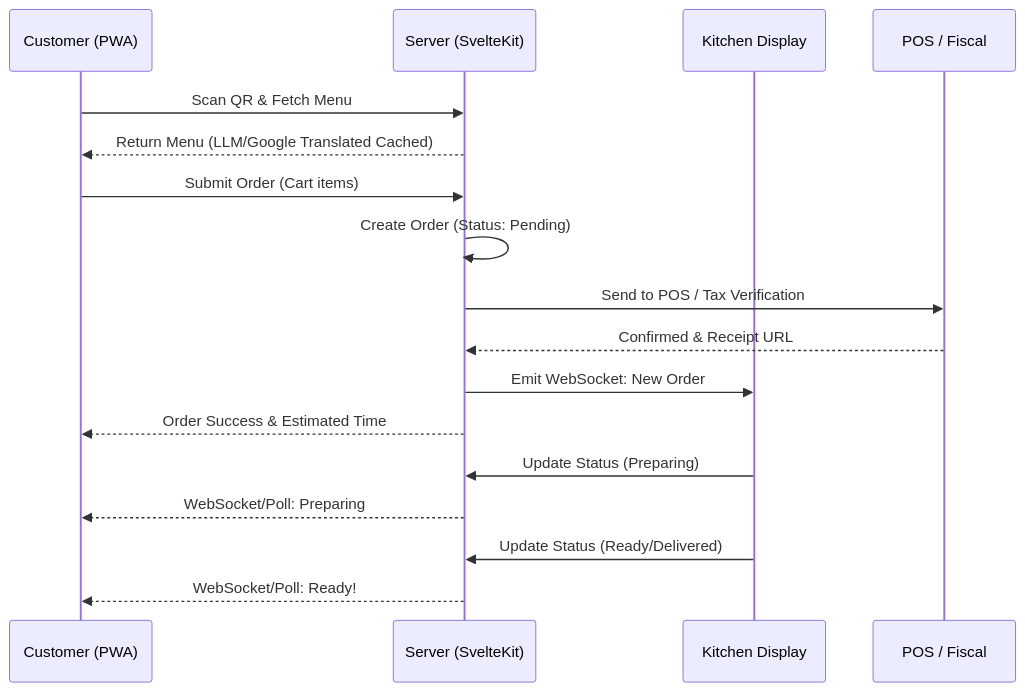
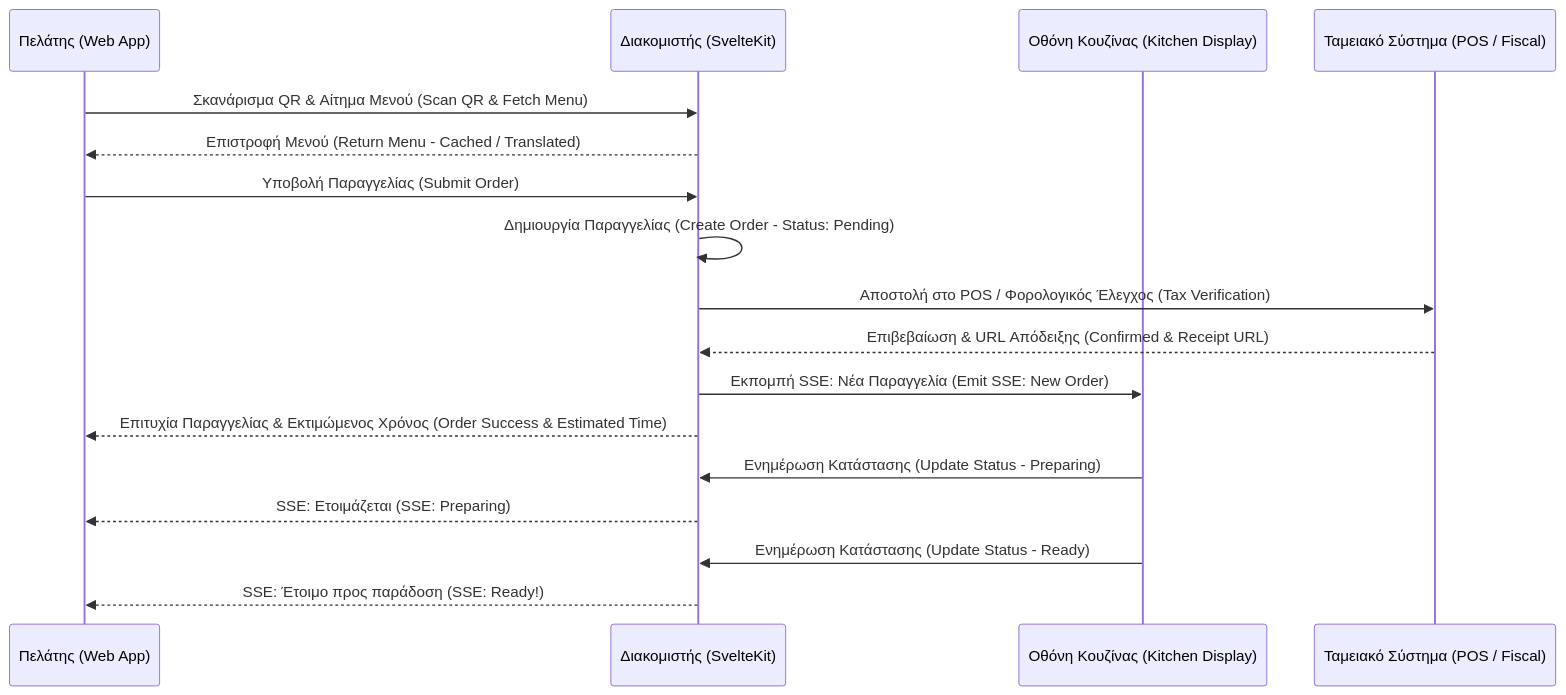
One commit to dolly450/orderly_docs changed the diagram in architecture/ordering-flow.md. Above: the diagram before and after it, drawn with Mermaid. The commit also changed other lines of this file and 11 other files, not shown here.

Commit message:
Knowledge Ops: Normalize files, update diagrams, extract db decisions and track health

````diff
--- a/architecture/ordering-flow.md
+++ b/architecture/ordering-flow.md
@@ -7,20 +7,20 @@
 ```mermaid
 sequenceDiagram
-    participant C as Customer (PWA)
-    participant S as Server (SvelteKit)
-    participant K as Kitchen Display
-    participant P as POS / Fiscal
+    participant C as Πελάτης (Web App)
+    participant S as Διακομιστής (SvelteKit)
+    participant K as Οθόνη Κουζίνας (Kitchen Display)
+    participant P as Ταμειακό Σύστημα (POS / Fiscal)
 
-    C->>S: Scan QR & Fetch Menu
-    S-->>C: Return Menu (LLM/Google Translated Cached)
-    C->>S: Submit Order (Cart items)
-    S->>S: Create Order (Status: Pending)
-    S->>P: Send to POS / Tax Verification
-    P-->>S: Confirmed & Receipt URL
-    S->>K: Emit WebSocket: New Order
-    S-->>C: Order Success & Estimated Time
-    K->>S: Update Status (Preparing)
-    S-->>C: WebSocket/Poll: Preparing
-    K->>S: Update Status (Ready/Delivered)
-    S-->>C: WebSocket/Poll: Ready!
+    C->>S: Σκανάρισμα QR & Αίτημα Μενού (Scan QR & Fetch Menu)
+    S-->>C: Επιστροφή Μενού (Return Menu - Cached / Translated)
+    C->>S: Υποβολή Παραγγελίας (Submit Order)
+    S->>S: Δημιουργία Παραγγελίας (Create Order - Status: Pending)
+    S->>P: Αποστολή στο POS / Φορολογικός Έλεγχος (Tax Verification)
+    P-->>S: Επιβεβαίωση & URL Απόδειξης (Confirmed & Receipt URL)
+    S->>K: Εκπομπή SSE: Νέα Παραγγελία (Emit SSE: New Order)
+    S-->>C: Επιτυχία Παραγγελίας & Εκτιμώμενος Χρόνος (Order Success & Estimated Time)
+    K->>S: Ενημέρωση Κατάστασης (Update Status - Preparing)
+    S-->>C: SSE: Ετοιμάζεται (SSE: Preparing)
+    K->>S: Ενημέρωση Κατάστασης (Update Status - Ready)
+    S-->>C: SSE: Έτοιμο προς παράδοση (SSE: Ready!)
 ```
````
